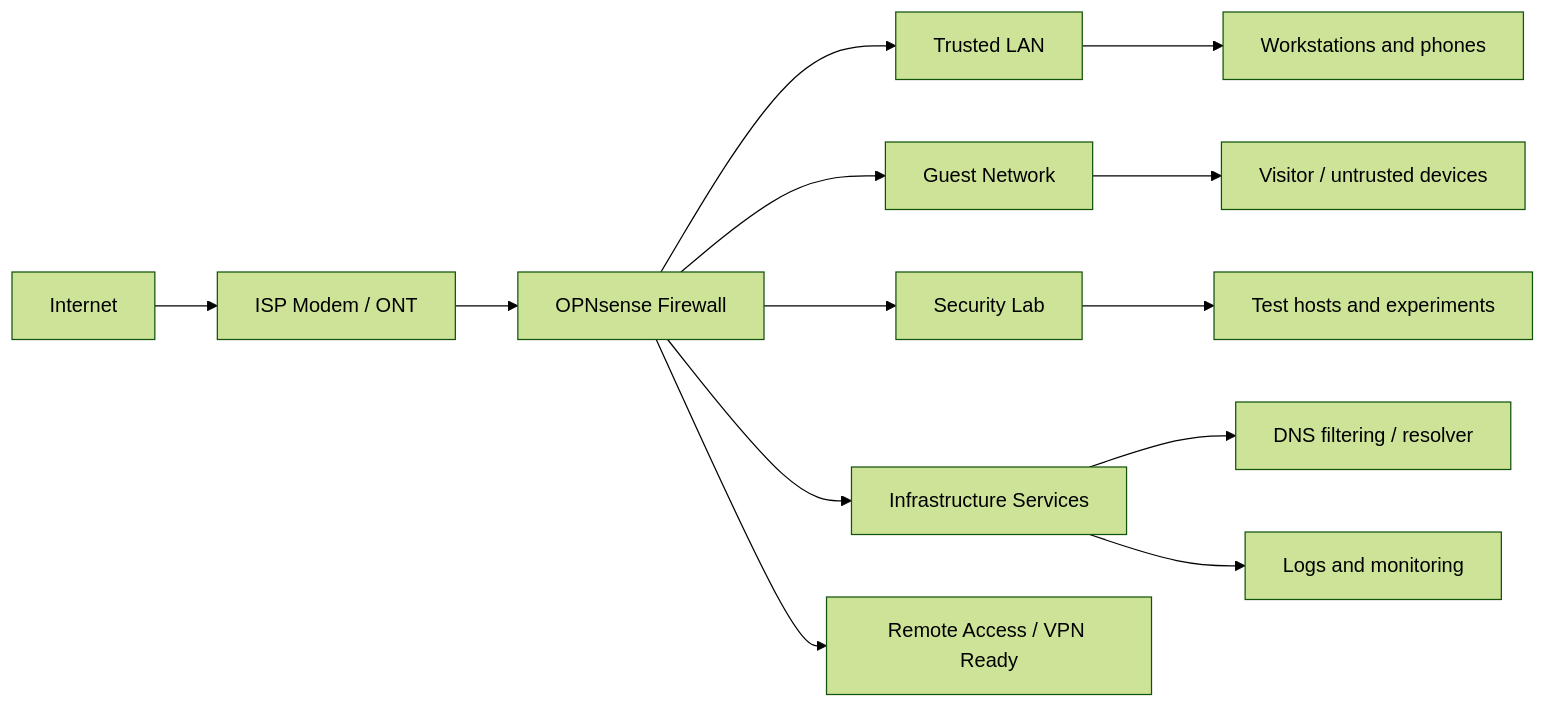
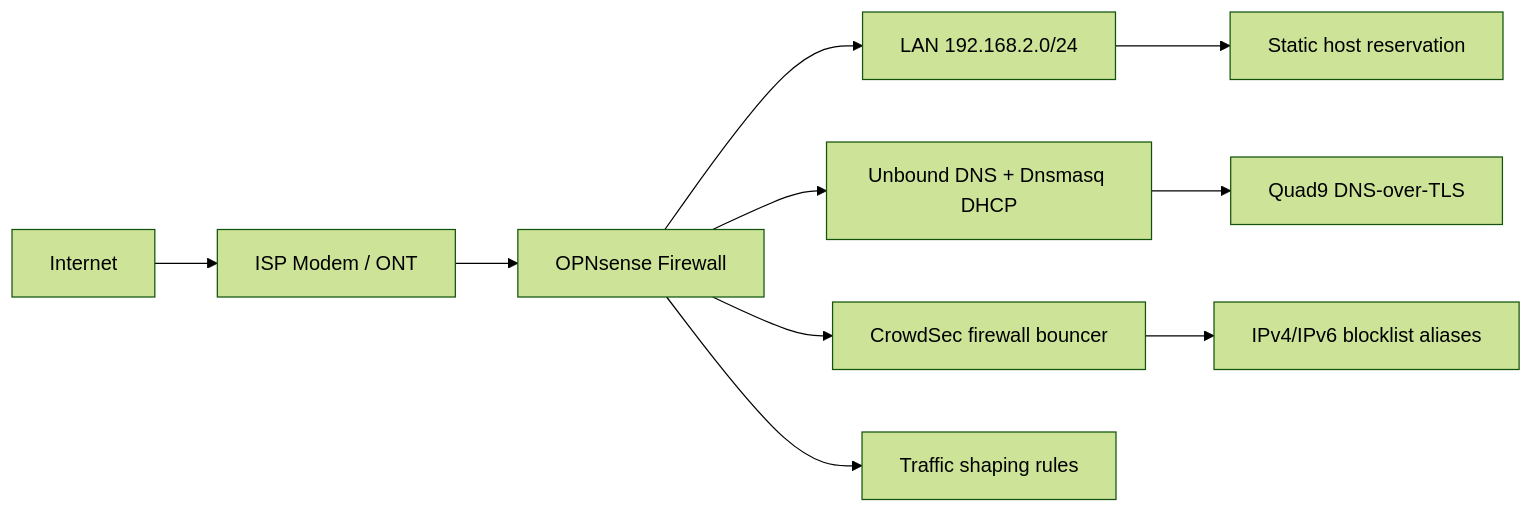
One commit to srkyn/home-network-security changed the diagram in README.md. Above: the diagram before and after it, drawn with Mermaid (forest theme). The commit also changed other lines of this file and 3 other files, not shown here.

````diff
--- a/README.md
+++ b/README.md
@@ -19,16 +24,13 @@
 ```mermaid
 flowchart LR
     Internet["Internet"] --> Modem["ISP Modem / ONT"]
     Modem --> Firewall["OPNsense Firewall"]
-    Firewall --> Trusted["Trusted LAN"]
-    Firewall --> Guest["Guest Network"]
-    Firewall --> Lab["Security Lab"]
-    Firewall --> Infra["Infrastructure Services"]
-    Firewall --> VPN["Remote Access / VPN Ready"]
+    Firewall --> LAN["LAN 192.168.2.0/24"]
+    Firewall --> DNS["Unbound DNS + Dnsmasq DHCP"]
+    Firewall --> CrowdSec["CrowdSec firewall bouncer"]
+    Firewall --> Shaper["Traffic shaping rules"]
 
-    Trusted --> Workstations["Workstations and phones"]
-    Guest --> VisitorDevices["Visitor / untrusted devices"]
-    Lab --> TestSystems["Test hosts and experiments"]
-    Infra --> DNS["DNS filtering / resolver"]
-    Infra --> Logs["Logs and monitoring"]
+    LAN --> Workstation["Static host reservation"]
+    DNS --> Quad9["Quad9 DNS-over-TLS"]
+    CrowdSec --> Blocklists["IPv4/IPv6 blocklist aliases"]
 ```
````
